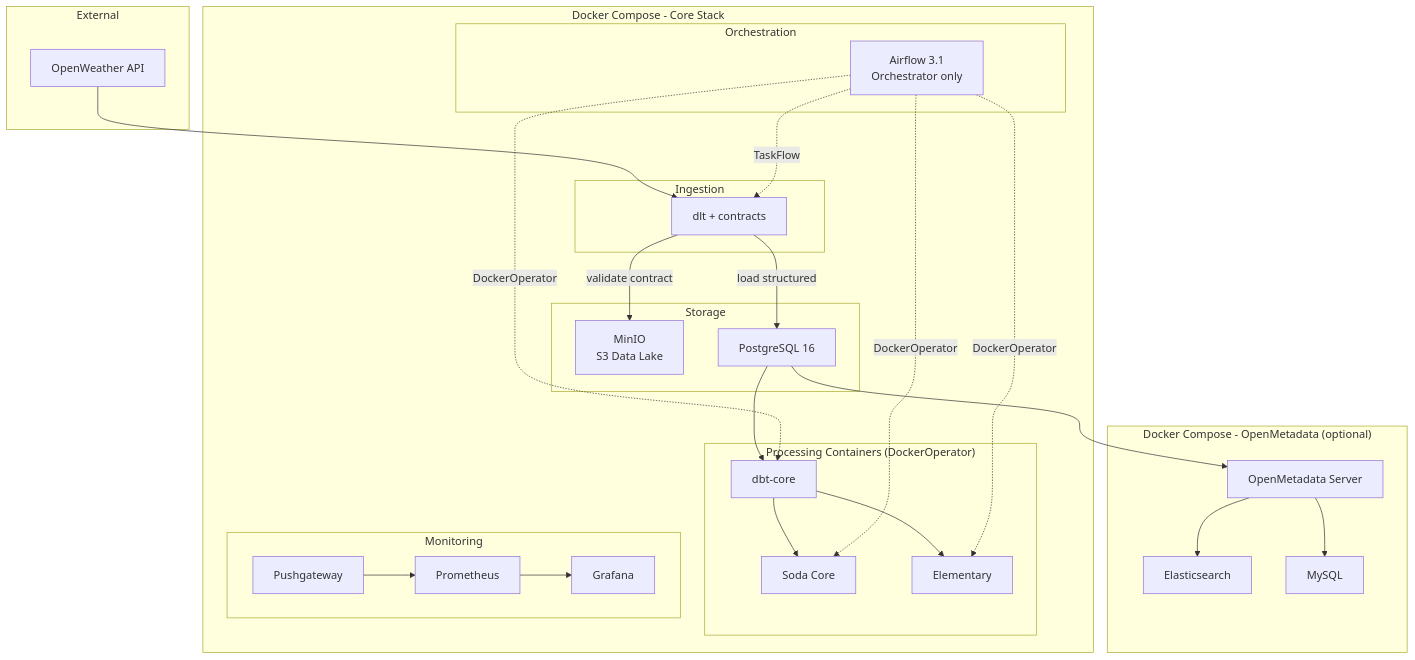
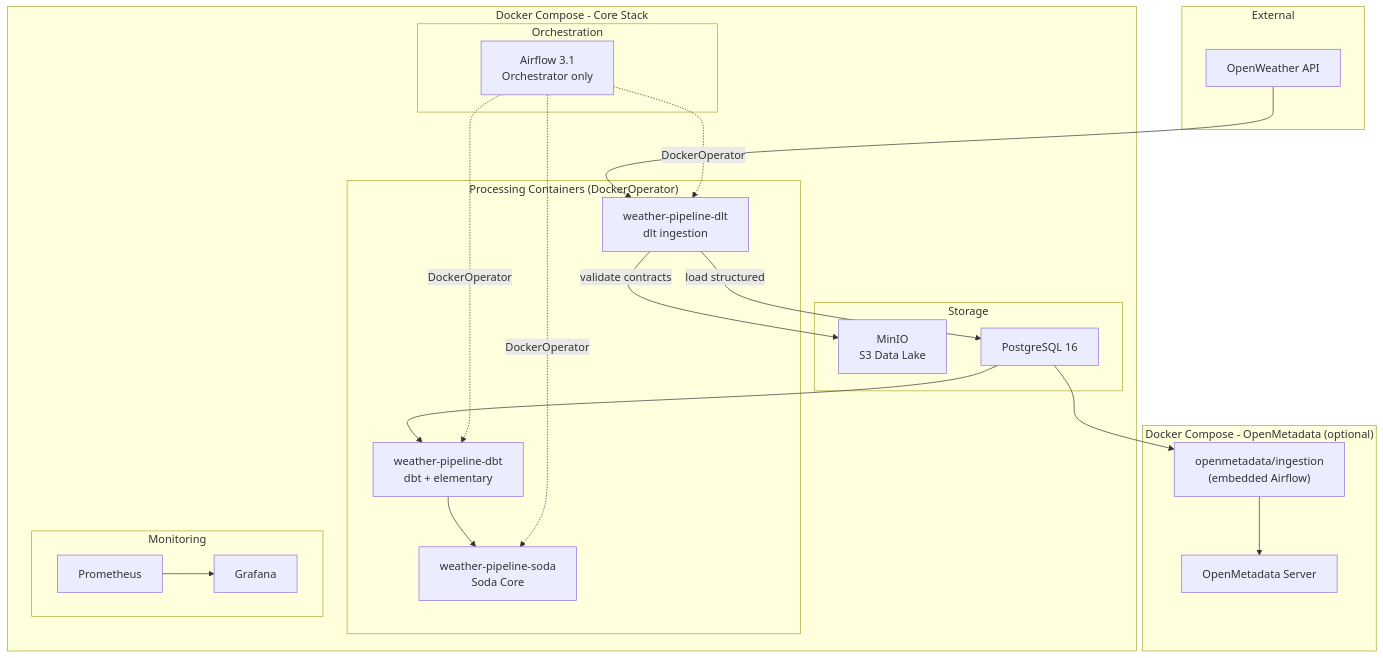
One commit to Adrien-Crapart/data-engineering-pipeline changed the diagram in docs/architecture.md. Above: the diagram before and after it, drawn with Mermaid. The commit also changed other lines of this file and 5 other files, not shown here.

````diff
--- a/docs/architecture.md
+++ b/docs/architecture.md
@@ -7,55 +8,45 @@
 ```mermaid
 graph TB
     subgraph External
         API["OpenWeather API"]
     end
 
     subgraph DockerStack["Docker Compose - Core Stack"]
         subgraph Orchestration
             AF["Airflow 3.1<br/>Orchestrator only"]
         end
 
         subgraph ProcessingContainers["Processing Containers (DockerOperator)"]
-            DBT["dbt-core"]
-            SODA["Soda Core"]
-            ELEM["Elementary"]
-        end
-
-        subgraph Ingestion
-            DLT["dlt + contracts"]
+            DLT["weather-pipeline-dlt<br/>dlt ingestion"]
+            DBT["weather-pipeline-dbt<br/>dbt + elementary"]
+            SODA["weather-pipeline-soda<br/>Soda Core"]
         end
 
         subgraph Storage
             MINIO["MinIO<br/>S3 Data Lake"]
             PG["PostgreSQL 16"]
         end
 
         subgraph Monitoring
             PROM["Prometheus"]
             GRAF["Grafana"]
-            PGW["Pushgateway"]
         end
     end
 
     subgraph OptionalStack["Docker Compose - OpenMetadata (optional)"]
         OM["OpenMetadata Server"]
-        ES["Elasticsearch"]
-        MYSQL["MySQL"]
+        OMIN["openmetadata/ingestion<br/>(embedded Airflow)"]
     end
 
     API --> DLT
-    DLT -->|validate contract| MINIO
+    DLT -->|validate contracts| MINIO
     DLT -->|load structured| PG
     PG --> DBT
     DBT --> SODA
-    DBT --> ELEM
+    AF -.->|DockerOperator| DLT
     AF -.->|DockerOperator| DBT
     AF -.->|DockerOperator| SODA
-    AF -.->|DockerOperator| ELEM
-    AF -.->|TaskFlow| DLT
-    PGW --> PROM
     PROM --> GRAF
-    PG --> OM
-    OM --> ES
-    OM --> MYSQL
+    PG --> OMIN
+    OMIN --> OM
 ```
````
